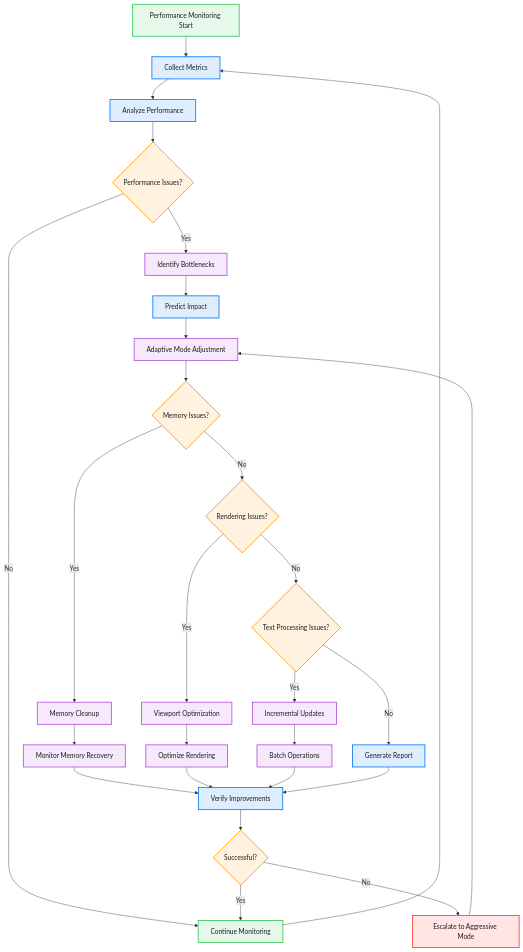
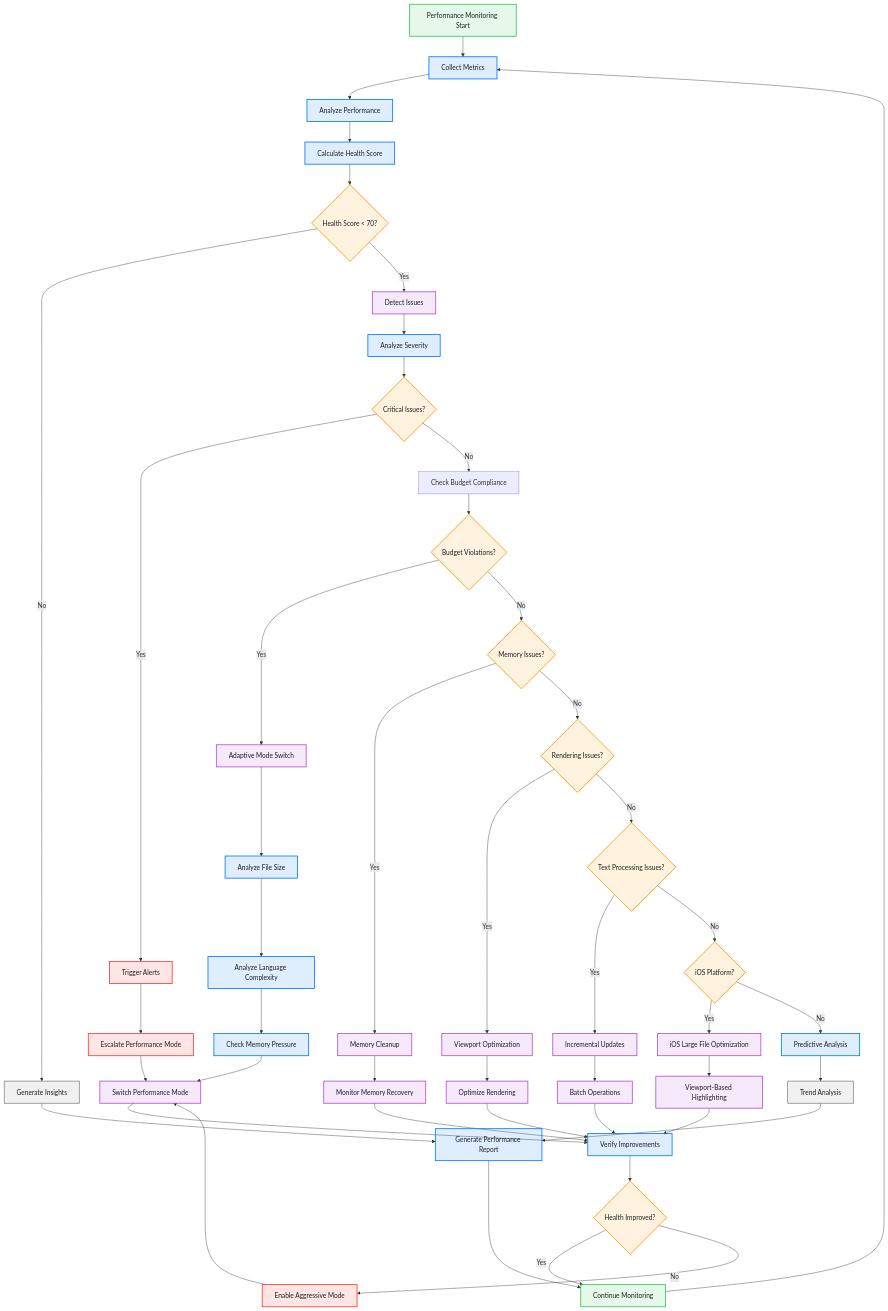
Before and after one commit to ajmcclary/CodeEditorKit: the second of 3 diagrams in Diagrams/13-performance-monitoring-system.md, drawn with Mermaid. The commit also changed other lines of this file and 29 other files, not shown here.

First line of the commit message:
Enhance architecture documentation and add debugging integration

````diff
--- a/Diagrams/13-performance-monitoring-system.md
+++ b/Diagrams/13-performance-monitoring-system.md
@@ -363,14 +602,25 @@
     START[Performance Monitoring Start] --> COLLECT[Collect Metrics]
     COLLECT --> ANALYZE[Analyze Performance]
     
-    ANALYZE --> CHECK{Performance Issues?}
-    CHECK -->|No| CONTINUE[Continue Monitoring]
-    CHECK -->|Yes| IDENTIFY[Identify Bottlenecks]
+    ANALYZE --> HEALTH[Calculate Health Score]
+    HEALTH --> CHECK{Health Score < 70?}
+    CHECK -->|No| INSIGHTS[Generate Insights]
+    CHECK -->|Yes| ISSUES[Detect Issues]
     
-    IDENTIFY --> PREDICT[Predict Impact]
-    PREDICT --> ADAPT[Adaptive Mode Adjustment]
+    ISSUES --> SEVERITY[Analyze Severity]
+    SEVERITY --> CRITICAL{Critical Issues?}
+    CRITICAL -->|Yes| ALERT[Trigger Alerts]
+    CRITICAL -->|No| BUDGET[Check Budget Compliance]
     
-    ADAPT --> MEMORY{Memory Issues?}
+    BUDGET --> VIOLATIONS{Budget Violations?}
+    VIOLATIONS -->|Yes| ADAPTIVE[Adaptive Mode Switch]
+    VIOLATIONS -->|No| MEMORY{Memory Issues?}
+    
+    ADAPTIVE --> FILESIZE[Analyze File Size]
+    FILESIZE --> COMPLEXITY[Analyze Language Complexity]
+    COMPLEXITY --> PRESSURE[Check Memory Pressure]
+    PRESSURE --> SWITCH[Switch Performance Mode]
+    
     MEMORY -->|Yes| CLEANUP[Memory Cleanup]
     MEMORY -->|No| RENDERING{Rendering Issues?}
     
@@ -378,23 +628,34 @@
     RENDERING -->|No| TEXT{Text Processing Issues?}
     
     TEXT -->|Yes| INCREMENTAL[Incremental Updates]
-    TEXT -->|No| REPORT[Generate Report]
+    TEXT -->|No| IOS{iOS Platform?}
+    
+    IOS -->|Yes| IOSOPT[iOS Large File Optimization]
+    IOS -->|No| PREDICT[Predictive Analysis]
     
     CLEANUP --> MONITOR_MEM[Monitor Memory Recovery]
     VIEWPORT --> OPTIMIZE_RENDER[Optimize Rendering]
     INCREMENTAL --> BATCH[Batch Operations]
+    IOSOPT --> VIEWPORT_HIGHLIGHT[Viewport-Based Highlighting]
+    PREDICT --> TRENDS[Trend Analysis]
     
-    MONITOR_MEM --> VERIFY[Verify Improvements]
+    ALERT --> ESCALATE[Escalate Performance Mode]
+    ESCALATE --> SWITCH
+    SWITCH --> VERIFY[Verify Improvements]
+    MONITOR_MEM --> VERIFY
     OPTIMIZE_RENDER --> VERIFY
     BATCH --> VERIFY
-    REPORT --> VERIFY
+    VIEWPORT_HIGHLIGHT --> VERIFY
+    TRENDS --> REPORT[Generate Performance Report]
+    INSIGHTS --> REPORT
     
-    VERIFY --> SUCCESS{Successful?}
-    SUCCESS -->|Yes| CONTINUE
-    SUCCESS -->|No| ESCALATE[Escalate to Aggressive Mode]
+    VERIFY --> SUCCESS{Health Improved?}
+    SUCCESS -->|Yes| CONTINUE[Continue Monitoring]
+    SUCCESS -->|No| AGGRESSIVE[Enable Aggressive Mode]
     
-    ESCALATE --> ADAPT
+    AGGRESSIVE --> SWITCH
     CONTINUE --> COLLECT
+    REPORT --> CONTINUE
 
     %% Styling - Dark mode friendly colors
     classDef start fill:#34C75920,stroke:#34C759,stroke-width:2px,color:#1D1D1F
@@ -402,26 +663,42 @@
     classDef decision fill:#FF950020,stroke:#FF9500,stroke-width:2px,color:#1D1D1F
     classDef action fill:#AF52DE20,stroke:#AF52DE,stroke-width:2px,color:#1D1D1F
     classDef endNode fill:#FF3B3020,stroke:#FF3B30,stroke-width:2px,color:#1D1D1F
+    classDef analytics fill:#8E8E9320,stroke:#8E8E93,stroke-width:2px,color:#1D1D1F
     
     class START start
     class CONTINUE start
     class COLLECT process
     class ANALYZE process
+    class HEALTH process
+    class SEVERITY process
+    class FILESIZE process
+    class COMPLEXITY process
+    class PRESSURE process
     class PREDICT process
     class REPORT process
     class VERIFY process
     class CHECK decision
+    class CRITICAL decision
+    class VIOLATIONS decision
     class MEMORY decision
     class RENDERING decision
     class TEXT decision
+    class IOS decision
     class SUCCESS decision
-    class IDENTIFY action
-    class ADAPT action
+    class ISSUES action
+    class ADAPTIVE action
+    class SWITCH action
     class CLEANUP action
     class VIEWPORT action
     class INCREMENTAL action
+    class IOSOPT action
     class MONITOR_MEM action
     class OPTIMIZE_RENDER action
     class BATCH action
+    class VIEWPORT_HIGHLIGHT action
+    class ALERT endNode
     class ESCALATE endNode
+    class AGGRESSIVE endNode
+    class INSIGHTS analytics
+    class TRENDS analytics
 ```
````
